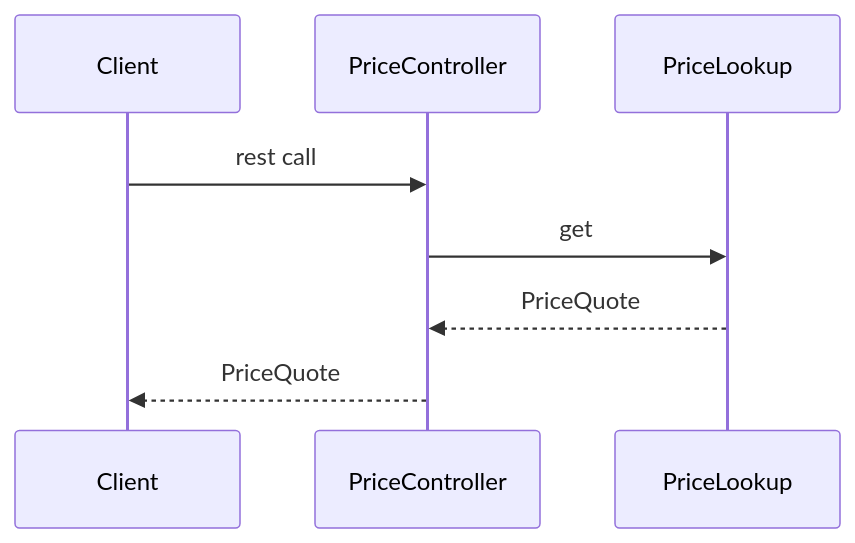
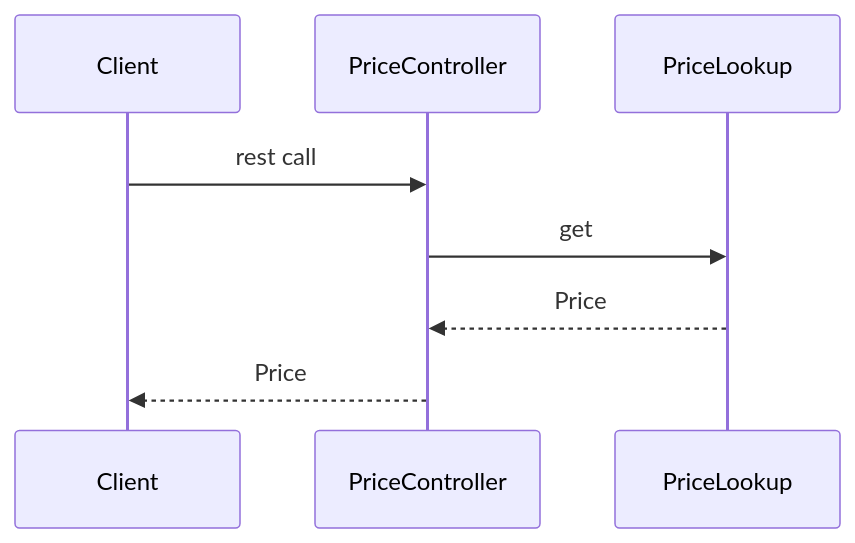
The second of 2 diagrams in README.md (amitdawle/marketpricehandler), drawn with Mermaid before and after one commit.

````diff
--- a/README.md
+++ b/README.md
@@ -39,7 +39,7 @@
 ```mermaid
   sequenceDiagram
     Client ->> PriceController : rest call
     PriceController ->> PriceLookup :  get
-    PriceLookup -->>  PriceController : PriceQuote
-    PriceController -->> Client : PriceQuote    
+    PriceLookup -->>  PriceController : Price
+    PriceController -->> Client : Price
 ```
````
